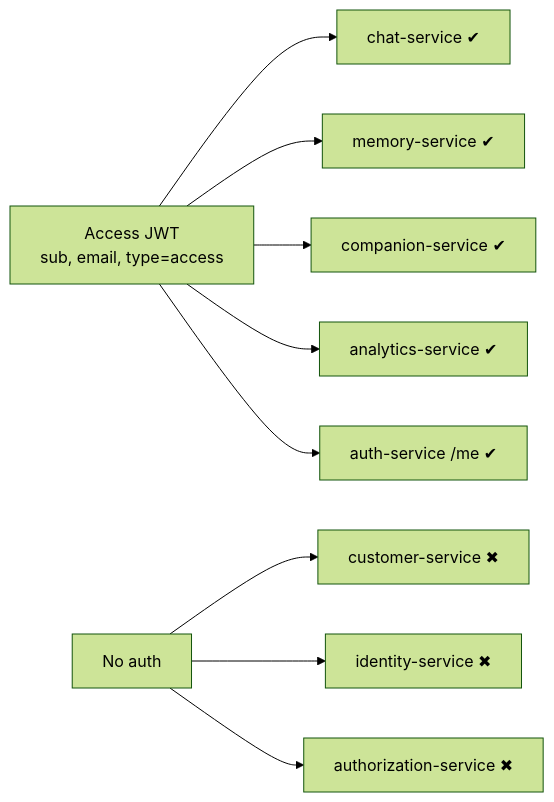
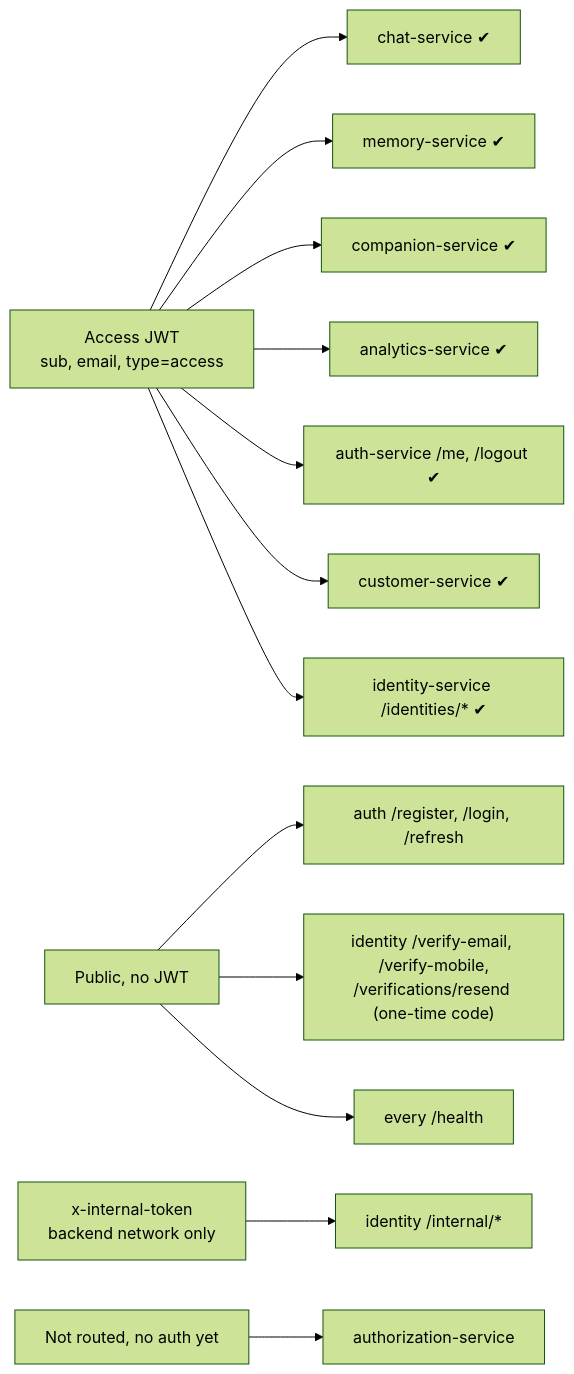
Before and after one commit to master-node1/the-aura-lab: the fourth of 5 diagrams in services/README.md, drawn with Mermaid (forest theme). The commit also changed other lines of this file and 68 other files, not shown here.

````diff
--- a/services/README.md
+++ b/services/README.md
@@ -201,11 +205,15 @@
 ```mermaid
 flowchart LR
     T[Access JWT<br/>sub, email, type=access] --> CS[chat-service ✔]
     T --> MS[memory-service ✔]
     T --> CP[companion-service ✔]
     T --> AN[analytics-service ✔]
-    T --> AU["auth-service /me ✔"]
-    X[No auth] --> CU[customer-service ✖]
-    X --> ID[identity-service ✖]
-    X --> AZ[authorization-service ✖]
+    T --> AU["auth-service /me, /logout ✔"]
+    T --> CU[customer-service ✔]
+    T --> ID["identity-service /identities/* ✔"]
+    P[Public, no JWT] --> PA["auth /register, /login, /refresh"]
+    P --> PV["identity /verify-email, /verify-mobile,<br/>/verifications/resend (one-time code)"]
+    P --> PH["every /health"]
+    K[x-internal-token<br/>backend network only] --> IN["identity /internal/*"]
+    N[Not routed, no auth yet] --> AZ[authorization-service]
 ```
````
